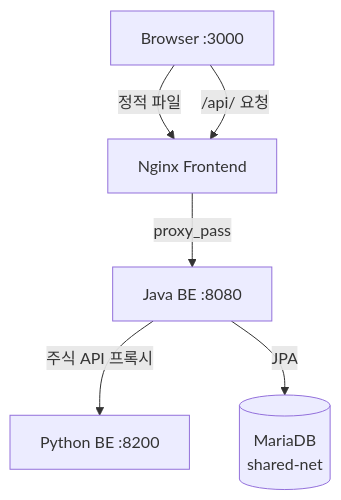
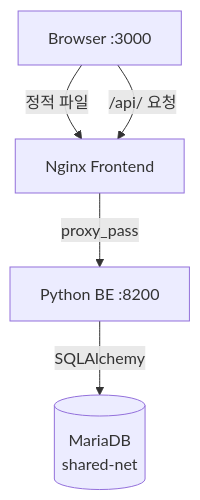
The second of 5 diagrams in README.md (zhanggu9/stock-coin-trade), drawn with Mermaid before and after one commit. The commit also changed other lines of this file and 35 other files, not shown here.

````diff
--- a/README.md
+++ b/README.md
@@ -419,14 +383,12 @@
 ```mermaid
 flowchart TD
     USER[Browser :3000]
     NGINX[Nginx Frontend]
-    JAVA[Java BE :8080]
     PY[Python BE :8200]
     DB[(MariaDB<br/>shared-net)]
 
     USER -->|정적 파일| NGINX
     USER -->|/api/ 요청| NGINX
-    NGINX -->|proxy_pass| JAVA
-    JAVA -->|주식 API 프록시| PY
-    JAVA -->|JPA| DB
+    NGINX -->|proxy_pass| PY
+    PY -->|SQLAlchemy| DB
 ```
````
